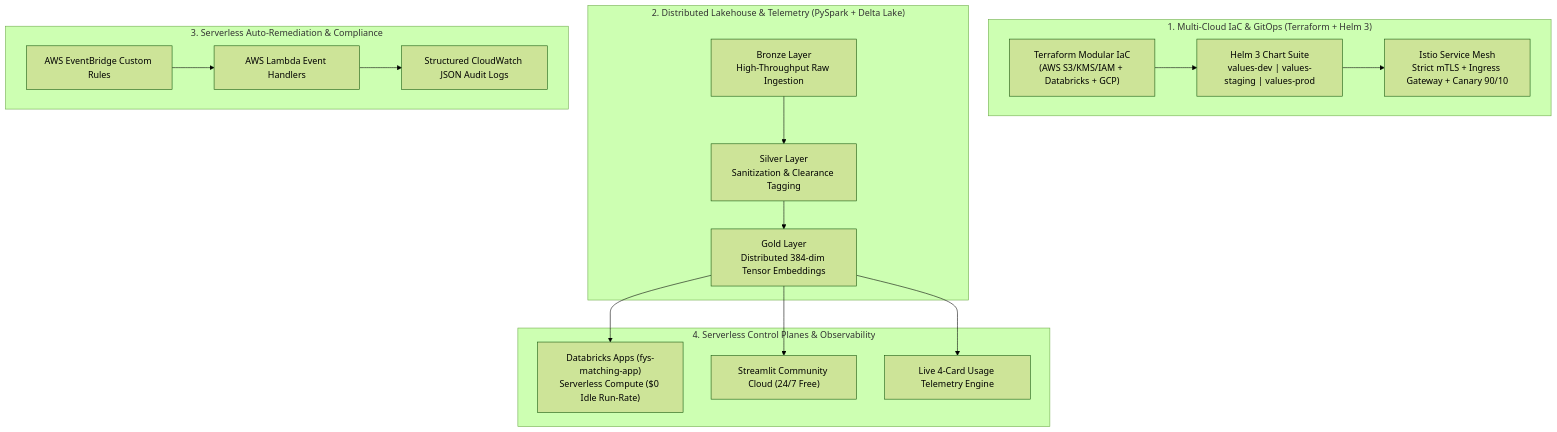
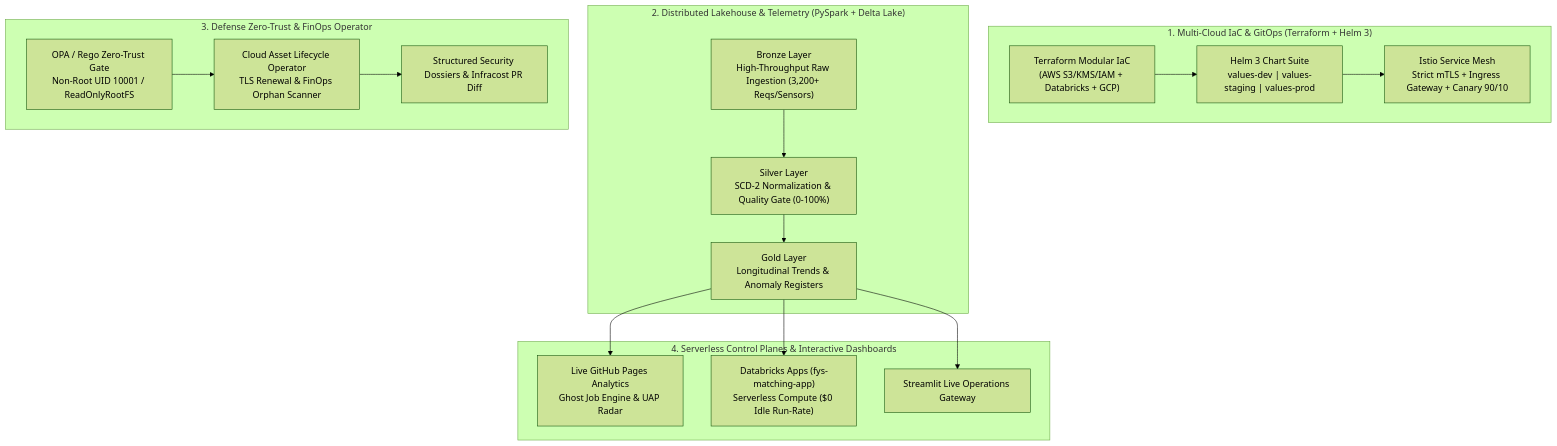
One commit to FreeFades2Black/FreeFades2Black changed the diagram in README.md. Above: the diagram before and after it, drawn with Mermaid (forest theme). The commit also changed other lines of this file, not shown here.

Commit message:
feat: update executive profile with 3 flagship portfolio projects, live badges, and architecture showcase

````diff
--- a/README.md
+++ b/README.md
@@ -17,30 +22,30 @@
 ```mermaid
 flowchart TD
     subgraph MultiCloudIaC ["1. Multi-Cloud IaC & GitOps (Terraform + Helm 3)"]
         TF["Terraform Modular IaC<br/>(AWS S3/KMS/IAM + Databricks + GCP)"]
         Helm["Helm 3 Chart Suite<br/>values-dev | values-staging | values-prod"]
         Istio["Istio Service Mesh<br/>Strict mTLS + Ingress Gateway + Canary 90/10"]
         TF --> Helm --> Istio
     end
 
     subgraph LakehouseEngine ["2. Distributed Lakehouse & Telemetry (PySpark + Delta Lake)"]
-        Bronze["Bronze Layer<br/>High-Throughput Raw Ingestion"]
-        Silver["Silver Layer<br/>Sanitization & Clearance Tagging"]
-        Gold["Gold Layer<br/>Distributed 384-dim Tensor Embeddings"]
+        Bronze["Bronze Layer<br/>High-Throughput Raw Ingestion (3,200+ Reqs/Sensors)"]
+        Silver["Silver Layer<br/>SCD-2 Normalization & Quality Gate (0-100%)"]
+        Gold["Gold Layer<br/>Longitudinal Trends & Anomaly Registers"]
         Bronze --> Silver --> Gold
     end
 
-    subgraph RemediationEngine ["3. Serverless Auto-Remediation & Compliance"]
-        EventBridge["AWS EventBridge Custom Rules"]
-        Lambda["AWS Lambda Event Handlers"]
-        Audit["Structured CloudWatch JSON Audit Logs"]
-        EventBridge --> Lambda --> Audit
+    subgraph RemediationEngine ["3. Defense Zero-Trust & FinOps Operator"]
+        OPA["OPA / Rego Zero-Trust Gate<br/>Non-Root UID 10001 / ReadOnlyRootFS"]
+        Operator["Cloud Asset Lifecycle Operator<br/>TLS Renewal & FinOps Orphan Scanner"]
+        Audit["Structured Security Dossiers & Infracost PR Diff"]
+        OPA --> Operator --> Audit
     end
 
-    subgraph ControlPlanes ["4. Serverless Control Planes & Observability"]
+    subgraph ControlPlanes ["4. Serverless Control Planes & Interactive Dashboards"]
+        Pages["Live GitHub Pages Analytics<br/>Ghost Job Engine & UAP Radar"]
         DBX["Databricks Apps (fys-matching-app)<br/>Serverless Compute ($0 Idle Run-Rate)"]
-        Streamlit["Streamlit Community Cloud (24/7 Free)"]
-        Metrics["Live 4-Card Usage Telemetry Engine"]
-        Gold --> DBX & Streamlit & Metrics
+        Streamlit["Streamlit Live Operations Gateway"]
+        Gold --> Pages & DBX & Streamlit
     end
 ```
````
